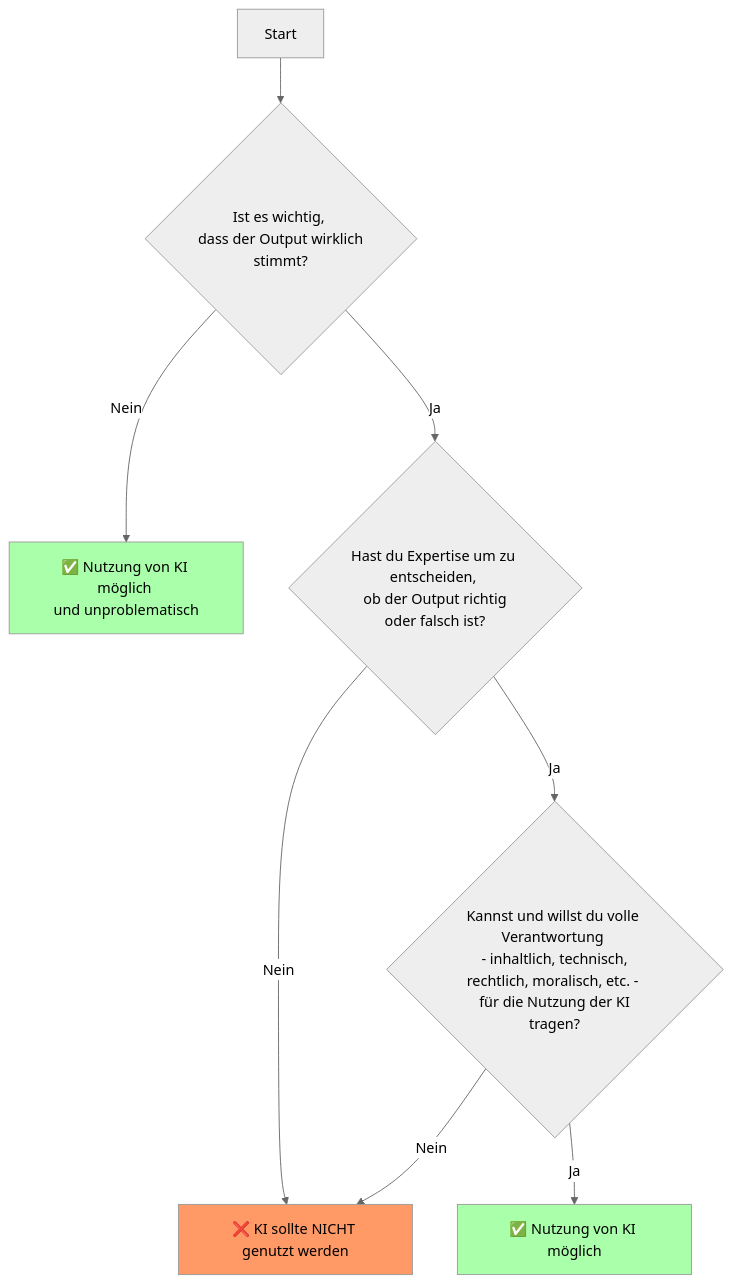
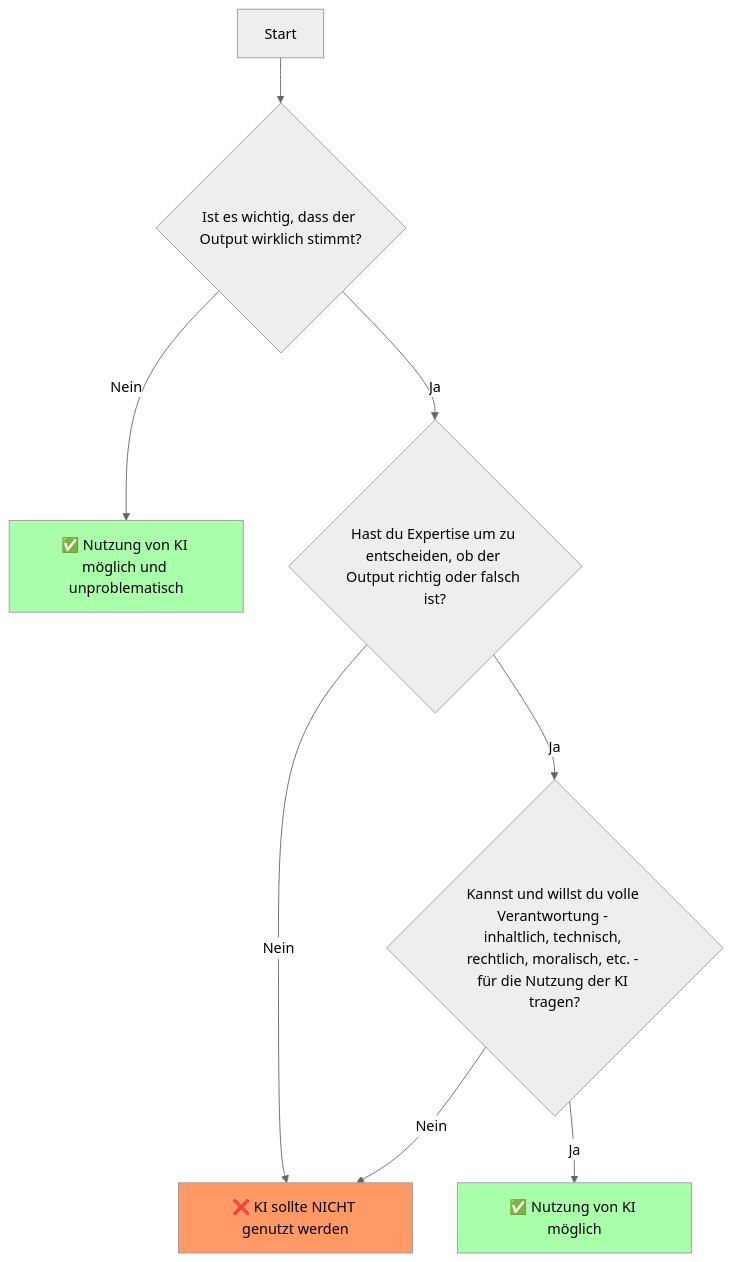
Before and after one commit to clander/voprogrammieren: the first of 2 diagrams in Didaktik/Zentrale-Ideen.md, drawn with Mermaid (neutral theme). The commit also changed 4 other files, not shown here.

````diff
--- a/Didaktik/Zentrale-Ideen.md
+++ b/Didaktik/Zentrale-Ideen.md
@@ -119,13 +119,13 @@
 ```mermaid
 flowchart TD
-    A[Start] --> E1{Ist es wichtig, \n dass der Output wirklich stimmt?}
-    E1 -->|Nein| B["✅ Nutzung von KI möglich \nund unproblematisch"]:::use
-    E1 -->|Ja| E2{Hast du Expertise um zu entscheiden, \n ob der Output richtig oder falsch ist?}
+    A[Start] --> E1{Ist es wichtig, dass der Output wirklich stimmt?}
+    E1 -->|Nein| B["✅ Nutzung von KI möglich und unproblematisch"]:::use
+    E1 -->|Ja| E2{Hast du Expertise um zu entscheiden, ob der Output richtig oder falsch ist?}
     E2 -->|Nein| X["❌ KI sollte NICHT genutzt werden"]:::nouse
-    E2 -->|Ja| E3{Kannst und willst du volle Verantwortung \n - inhaltlich, technisch, rechtlich, moralisch, etc. - \n für die Nutzung der KI tragen?}
+    E2 -->|Ja| E3{Kannst und willst du volle Verantwortung - inhaltlich, technisch, rechtlich, moralisch, etc. - für die Nutzung der KI tragen?}
     E3 -->|Ja| OK["✅ Nutzung von KI möglich"]:::use
     E3 -->|Nein| X
 
     classDef nouse fill:#f96, color:#000
     classDef use fill:#afa, color:#000
 ```
````
